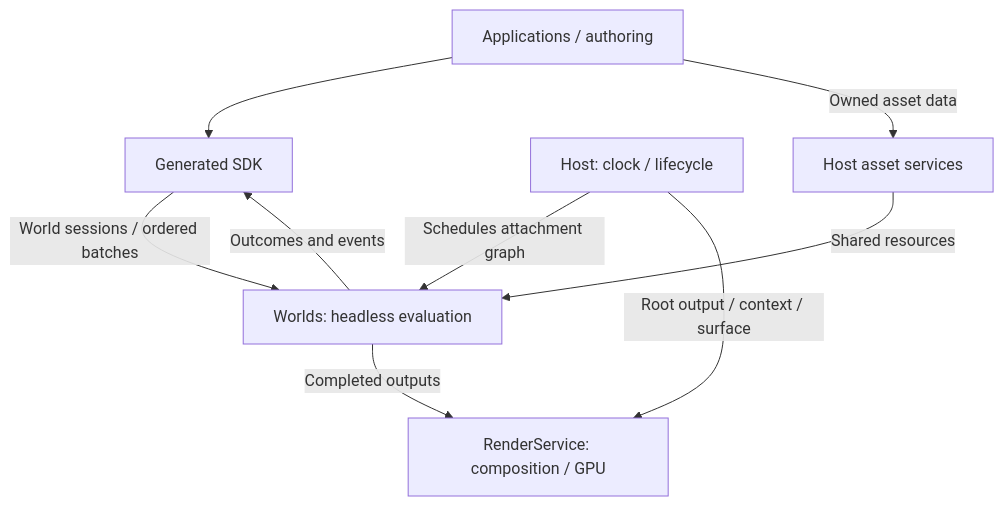
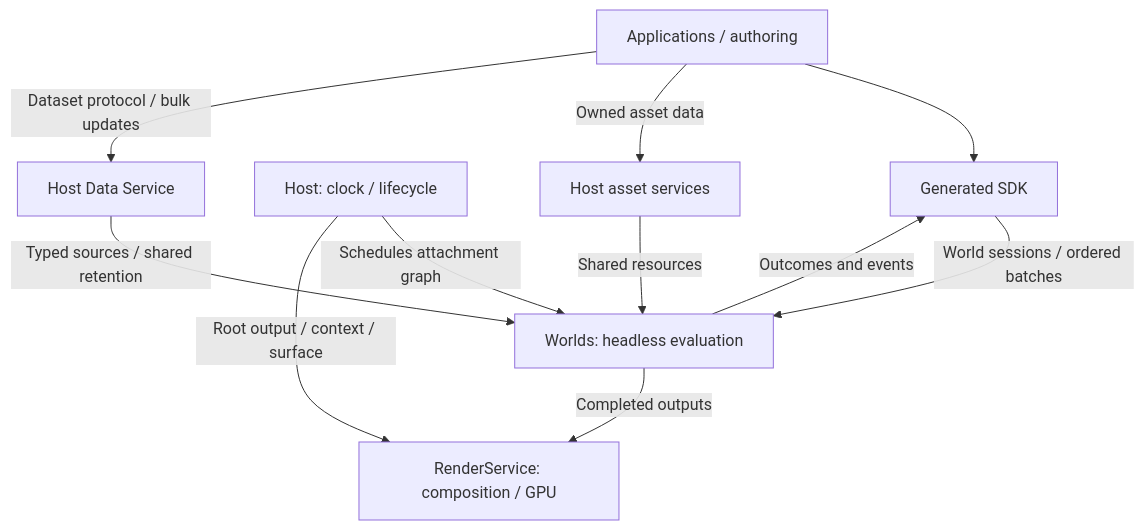
One commit to rubber-duck/ipp changed the diagram in docs/architecture.md. Above: the diagram before and after it, drawn with Mermaid. The commit also changed other lines of this file and 316 other files, not shown here.

First line of the commit message:
Add live data sources and data-bound 2D and 3D charts

````diff
--- a/docs/architecture.md
+++ b/docs/architecture.md
@@ -7,11 +7,13 @@
 ```mermaid
 flowchart TD
     clients["Applications / authoring"] --> sdk["Generated SDK"]
     sdk -->|"World sessions / ordered batches"| world["Worlds: headless evaluation"]
     world -->|"Outcomes and events"| sdk
     host["Host: clock / lifecycle"] -->|"Schedules attachment graph"| world
     clients -->|"Owned asset data"| assets["Host asset services"]
     assets -->|"Shared resources"| world
+    clients -->|"Dataset protocol / bulk updates"| data["Host Data Service"]
+    data -->|"Typed sources / shared retention"| world
     world -->|"Completed outputs"| render["RenderService: composition / GPU"]
     host -->|"Root output / context / surface"| render
 ```
````
